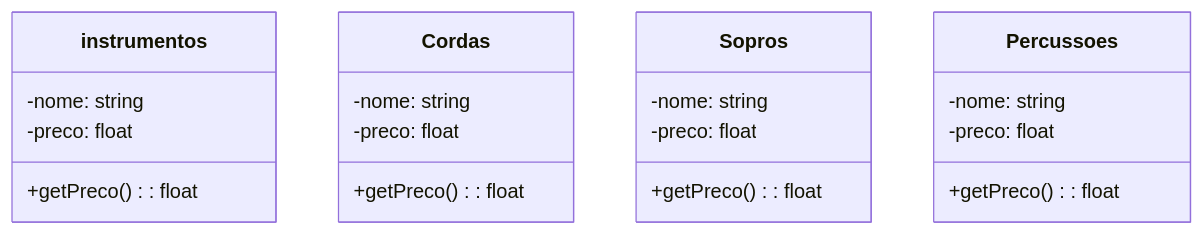
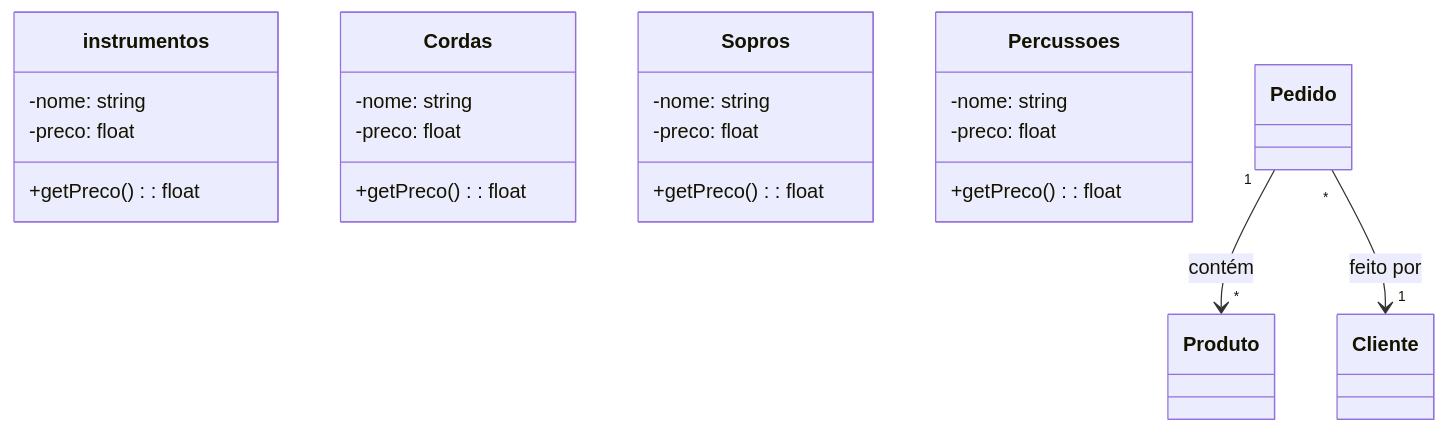
One commit to LucasGabrielPaes/teste changed the diagram in README.md. Above: the diagram before and after it, drawn with Mermaid.

````diff
--- a/README.md
+++ b/README.md
@@ -1,26 +1,29 @@
 ```mermaid
 classDiagram
   class instrumentos {
      -nome: string
     -preco: float
     +getPreco(): float
   }
 
   class Cordas {
    -nome: string
     -preco: float
     +getPreco(): float
 }
 
  class Sopros {
    -nome: string
     -preco: float
     +getPreco(): float
 }
 
  class Percussoes {
    -nome: string
     -preco: float
     +getPreco(): float
 }
+
+Pedido "1" --> "*" Produto : contém
+  Pedido "*" --> "1" Cliente : feito por
 ```
````
